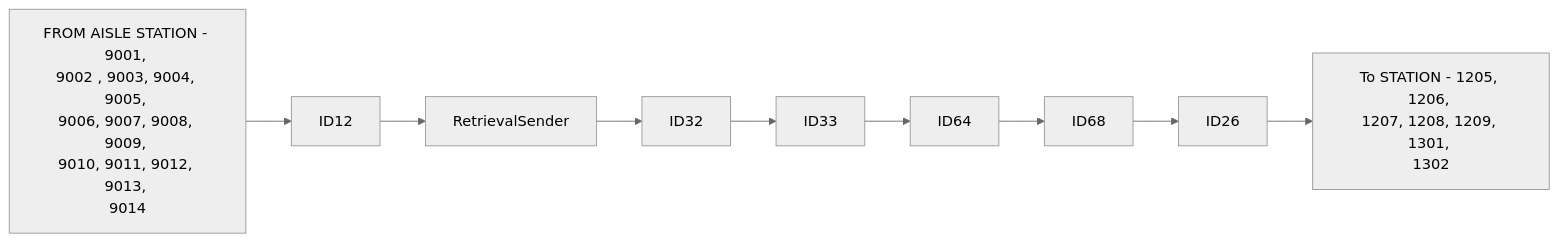
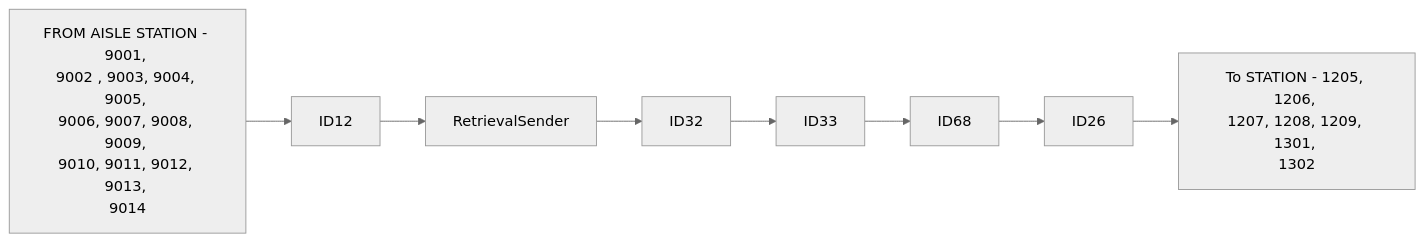
Before and after one commit to luthfiadityaa/SimeDarby-Wiki: the first of 11 diagrams in Basic-Design/DFD-WMS/Retrieval/Planned-Retrieval-to-OP-Area-(PKG).md, drawn with Mermaid (neutral theme).

Commit message:
Updated Planned Retrieval to OP Area (PKG)

```diff
--- a/Basic-Design/DFD-WMS/Retrieval/Planned-Retrieval-to-OP-Area-(PKG).md
+++ b/Basic-Design/DFD-WMS/Retrieval/Planned-Retrieval-to-OP-Area-(PKG).md
@@ -11,11 +11,11 @@
 ::: mermaid
 flowchart LR
   
 P1[FROM AISLE STATION - 9001, 
 9002 , 9003, 9004, 9005, 
 9006, 9007, 9008, 9009, 
 9010, 9011, 9012, 9013, 
-9014]-->P21[ID12]-->P2[RetrievalSender]-->P3[ID32]-->P4[ID33]-->P5[ID64]-->P6[ID68]-->P7[ID26]-->P8[To STATION - 1205, 1206, 
+9014]-->P21[ID12]-->P2[RetrievalSender]-->P3[ID32]-->P4[ID33]-->P6[ID68]-->P7[ID26]-->P8[To STATION - 1205, 1206, 
 1207, 1208, 1209, 1301, 
 1302] 
 :::
```
